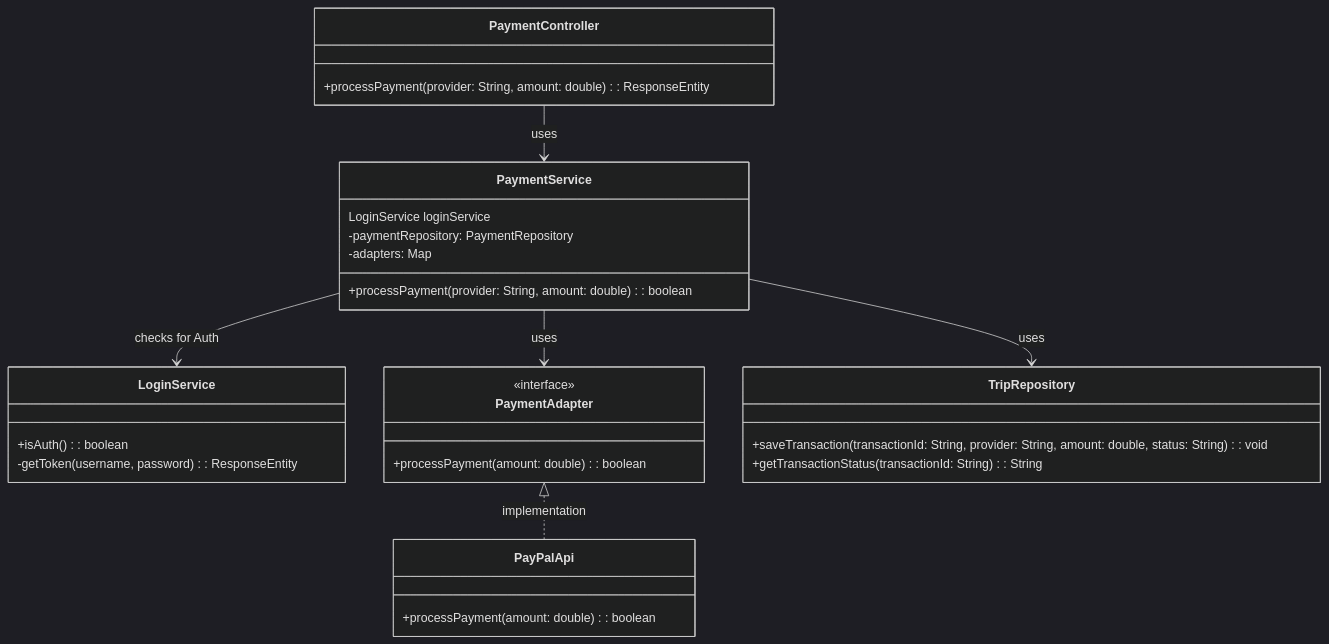
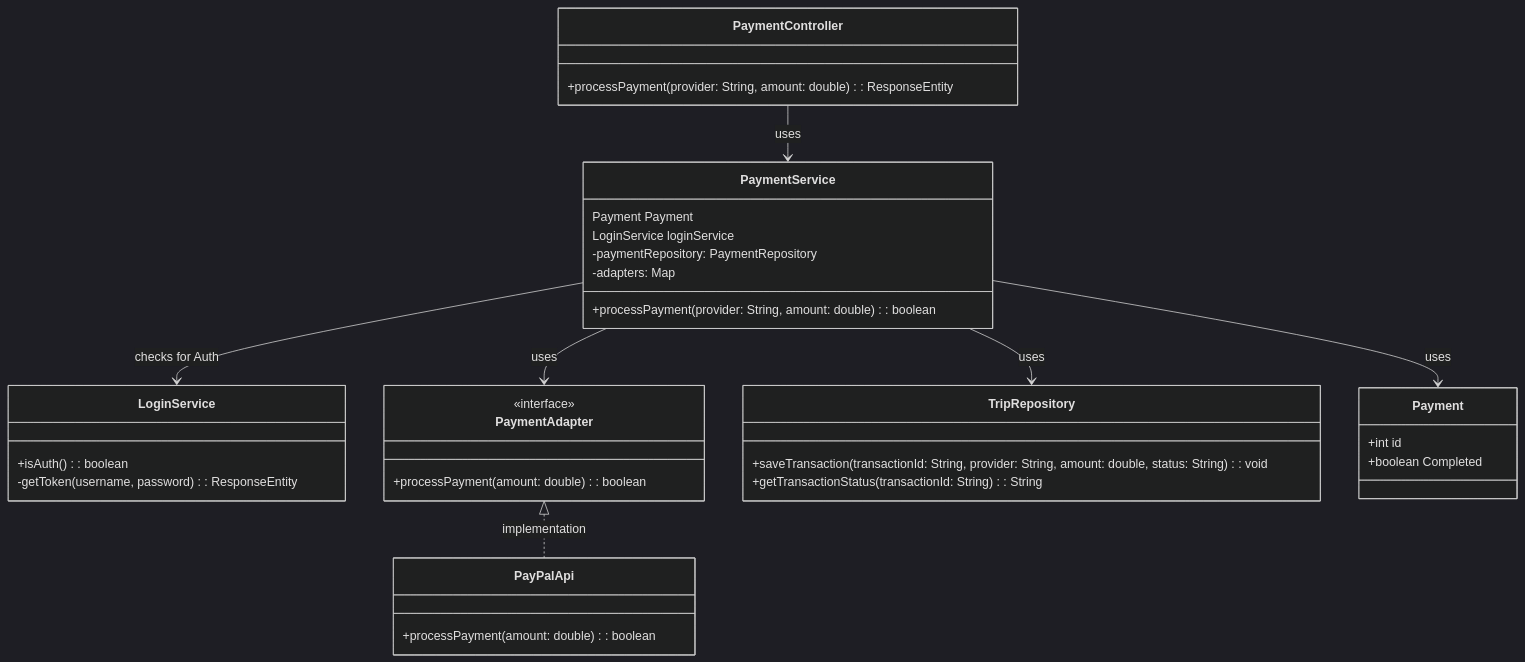
Before and after one commit to AIM-ENE-feb25/triptop-inshallahboys: the second of 2 diagrams in Week2/Les 3/Sacha/voorbereiding.md, drawn with Mermaid (dark theme).

Commit message:
update klasse

````diff
--- a/Week2/Les 3/Sacha/voorbereiding.md
+++ b/Week2/Les 3/Sacha/voorbereiding.md
@@ -47,43 +47,51 @@
 ```mermaid
 classDiagram
     class PaymentController {
         +processPayment(provider: String, amount: double): ResponseEntity<String>
     }
 
     class PaymentService {
+        Payment Payment
          LoginService loginService
         +processPayment(provider: String, amount: double): boolean
         -paymentRepository: PaymentRepository
         -adapters: Map<String, PaymentAdapter>
     }
 
     class LoginService{
     +isAuth() : boolean
     -getToken(username, password) : ResponseEntity<String>
     }
  
  
 
     class PaymentAdapter {
         <<interface>>
         +processPayment(amount: double): boolean
     }
 
     class PayPalApi{
         +processPayment(amount: double): boolean
         
     }
 
     class TripRepository {
         +saveTransaction(transactionId: String, provider: String, amount: double, status: String): void
         +getTransactionStatus(transactionId: String): String
     }
 
+    class Payment{
+        +int id
+        +boolean Completed
+
+    }
+    
+
     %% Relaties tussen de klassen
     PaymentController --> PaymentService : uses
     PaymentService --> PaymentAdapter : uses
     PaymentService --> TripRepository : uses
     PaymentAdapter <|.. PayPalApi : implementation
     PaymentService --> LoginService : checks for Auth
-
+    PaymentService --> Payment : uses
 ```
````
